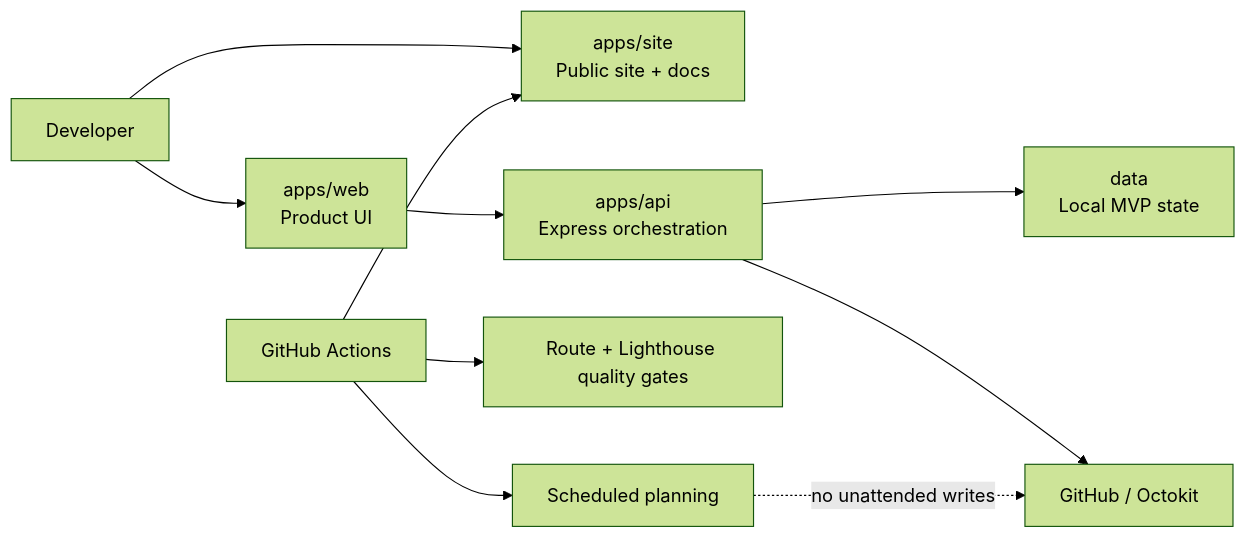
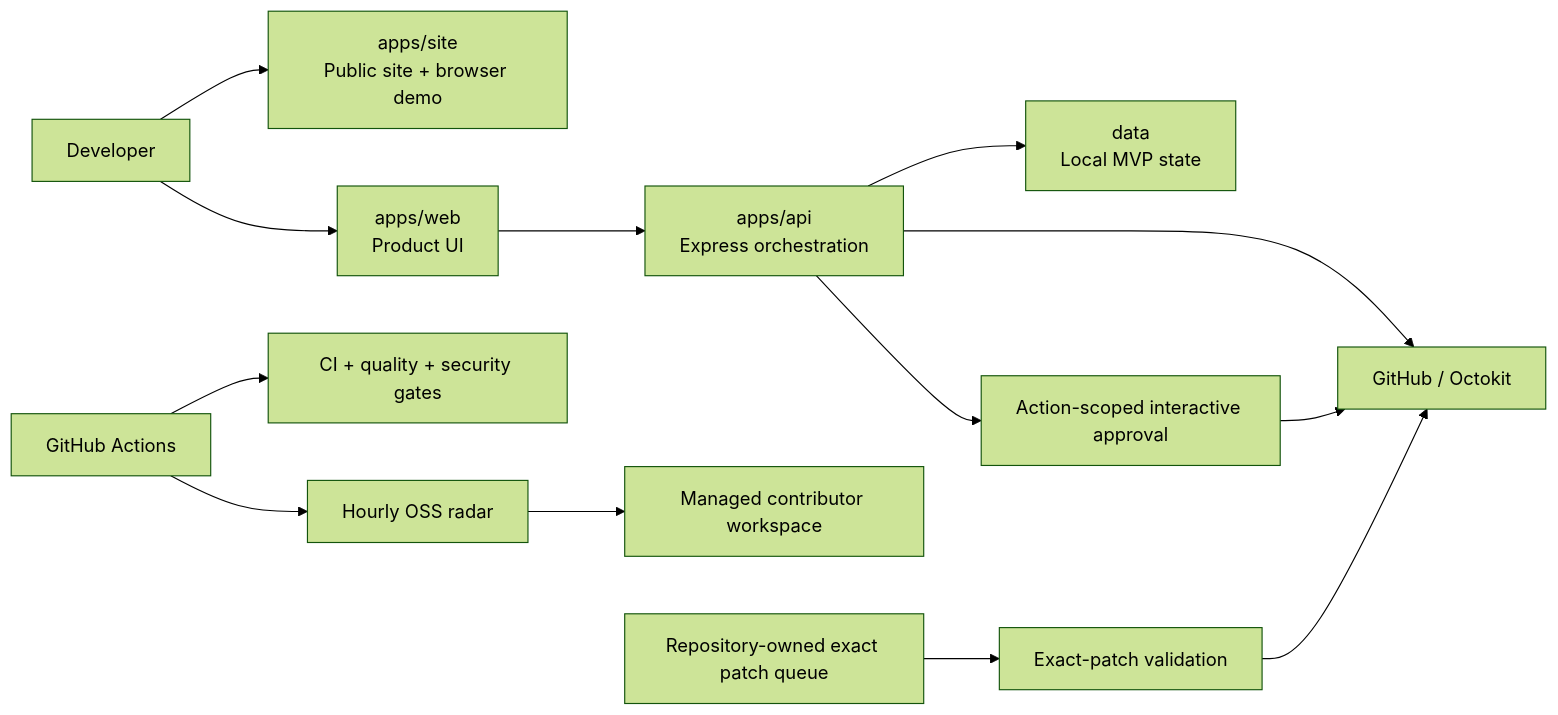
One commit to AnkitParekh007/contributorOps changed the diagram in README.md. Above: the diagram before and after it, drawn with Mermaid (forest theme). The commit also changed other lines of this file, not shown here.

````diff
--- a/README.md
+++ b/README.md
@@ -113,12 +136,17 @@
 ```mermaid
 flowchart LR
-    User[Developer] --> Site[apps/site\nPublic site + docs]
+    User[Developer] --> Site[apps/site\nPublic site + browser demo]
     User --> Web[apps/web\nProduct UI]
     Web --> API[apps/api\nExpress orchestration]
     API --> Data[data\nLocal MVP state]
     API --> GH[GitHub / Octokit]
-    Actions[GitHub Actions] --> Site
-    Actions --> Quality[Route + Lighthouse quality gates]
-    Actions --> Planner[Scheduled planning]
-    Planner -. no unattended writes .-> GH
+
+    Actions[GitHub Actions] --> Quality[CI + quality + security gates]
+    Actions --> Radar[Hourly OSS radar]
+    Radar --> Workspace[Managed contributor workspace]
+    PatchQueue[Repository-owned exact patch queue] --> Exact[Exact-patch validation]
+    Exact --> GH
+
+    API --> Interactive[Action-scoped interactive approval]
+    Interactive --> GH
 ```
````
